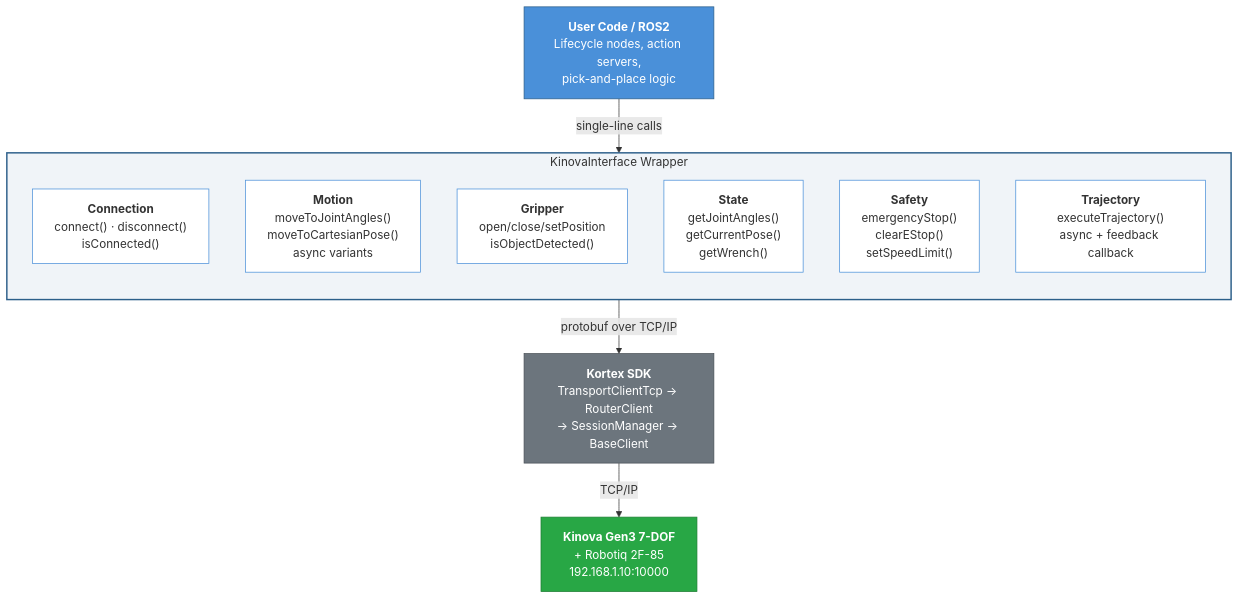
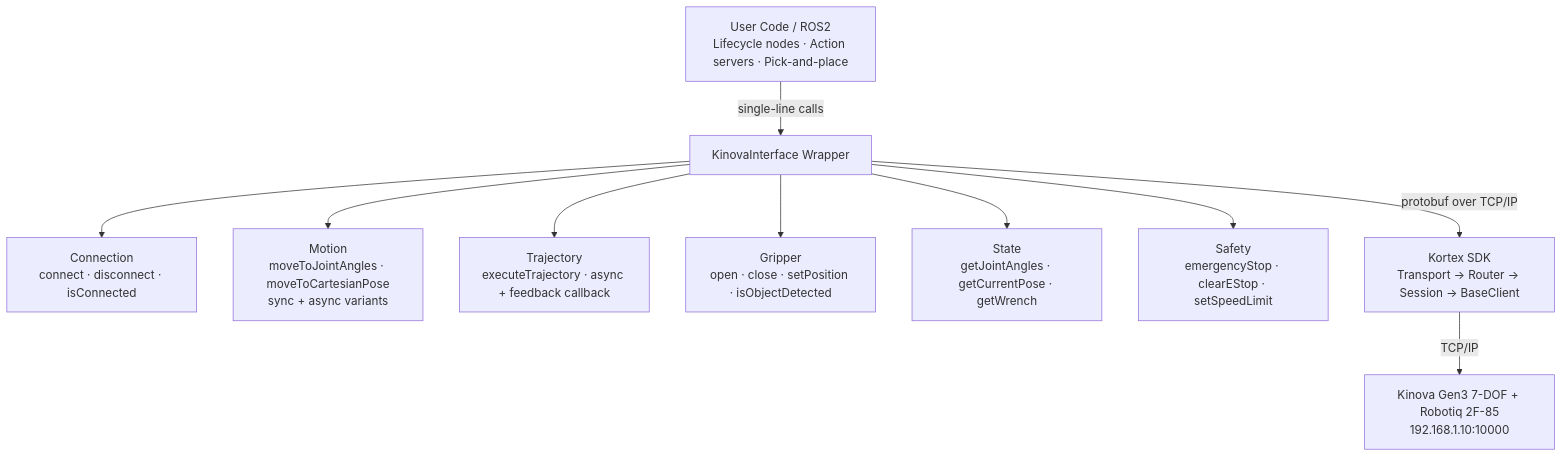
Before and after one commit to Sahilnarola-1007/kinova-wrapper: the first of 2 diagrams in README.md, drawn with Mermaid. The commit also changed other lines of this file, not shown here.

````diff
--- a/README.md
+++ b/README.md
@@ -62,29 +62,15 @@
 ```mermaid
 graph TD
-    A["<b>User Code / ROS2</b><br/>Lifecycle nodes, action servers,<br/>pick-and-place logic"] 
-    -->|"single-line calls"| B
+    A[User Code / ROS2<br/>Lifecycle nodes · Action servers · Pick-and-place] 
+    -->|single-line calls| B[KinovaInterface Wrapper]
+    
+    B --> B1[Connection<br/>connect · disconnect · isConnected]
+    B --> B2[Motion<br/>moveToJointAngles · moveToCartesianPose<br/>sync + async variants]
+    B --> B3[Trajectory<br/>executeTrajectory · async + feedback callback]
+    B --> B4[Gripper<br/>open · close · setPosition · isObjectDetected]
+    B --> B5[State<br/>getJointAngles · getCurrentPose · getWrench]
+    B --> B6[Safety<br/>emergencyStop · clearEStop · setSpeedLimit]
 
-    subgraph B["KinovaInterface Wrapper"]
-        direction TB
-        B1["<b>Connection</b><br/>connect() · disconnect()<br/>isConnected()"]
-        B2["<b>Motion</b><br/>moveToJointAngles()<br/>moveToCartesianPose()<br/>async variants"]
-        B3["<b>Gripper</b><br/>open/close/setPosition<br/>isObjectDetected()"]
-        B4["<b>State</b><br/>getJointAngles()<br/>getCurrentPose()<br/>getWrench()"]
-        B5["<b>Safety</b><br/>emergencyStop()<br/>clearEStop()<br/>setSpeedLimit()"]
-        B6["<b>Trajectory</b><br/>executeTrajectory()<br/>async + feedback callback"]
-    end
-
-    B -->|"protobuf over TCP/IP"| C["<b>Kortex SDK</b><br/>TransportClientTcp → RouterClient<br/>→ SessionManager → BaseClient"]
-    C -->|"TCP/IP"| D["<b>Kinova Gen3 7-DOF</b><br/>+ Robotiq 2F-85<br/>192.168.1.10:10000"]
-
-    style A fill:#4a90d9,color:#fff,stroke:#2c5f8a
-    style B fill:#f0f4f8,stroke:#2c5f8a,stroke-width:2px
-    style B1 fill:#fff,stroke:#4a90d9
-    style B2 fill:#fff,stroke:#4a90d9
-    style B3 fill:#fff,stroke:#4a90d9
-    style B4 fill:#fff,stroke:#4a90d9
-    style B5 fill:#fff,stroke:#4a90d9
-    style B6 fill:#fff,stroke:#4a90d9
-    style C fill:#6c757d,color:#fff,stroke:#495057
-    style D fill:#28a745,color:#fff,stroke:#1e7e34
+    B -->|protobuf over TCP/IP| C[Kortex SDK<br/>Transport → Router → Session → BaseClient]
+    C -->|TCP/IP| D[Kinova Gen3 7-DOF + Robotiq 2F-85<br/>192.168.1.10:10000]
 ```
````
